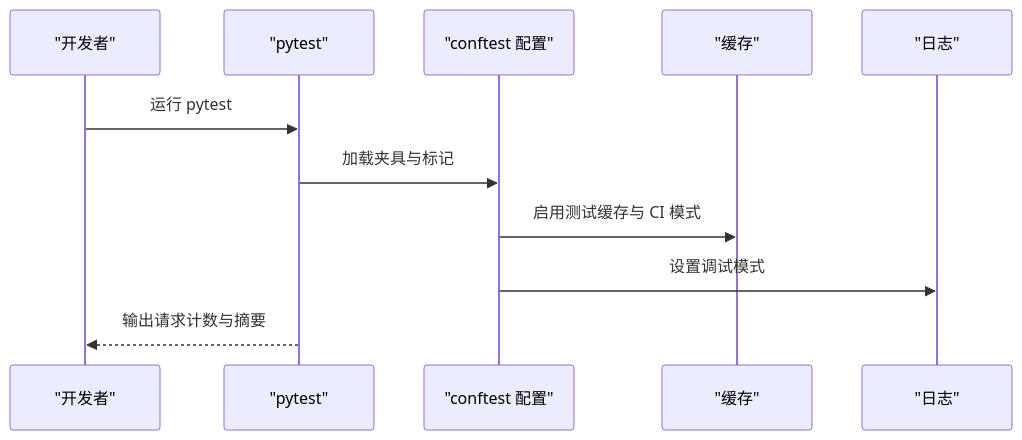
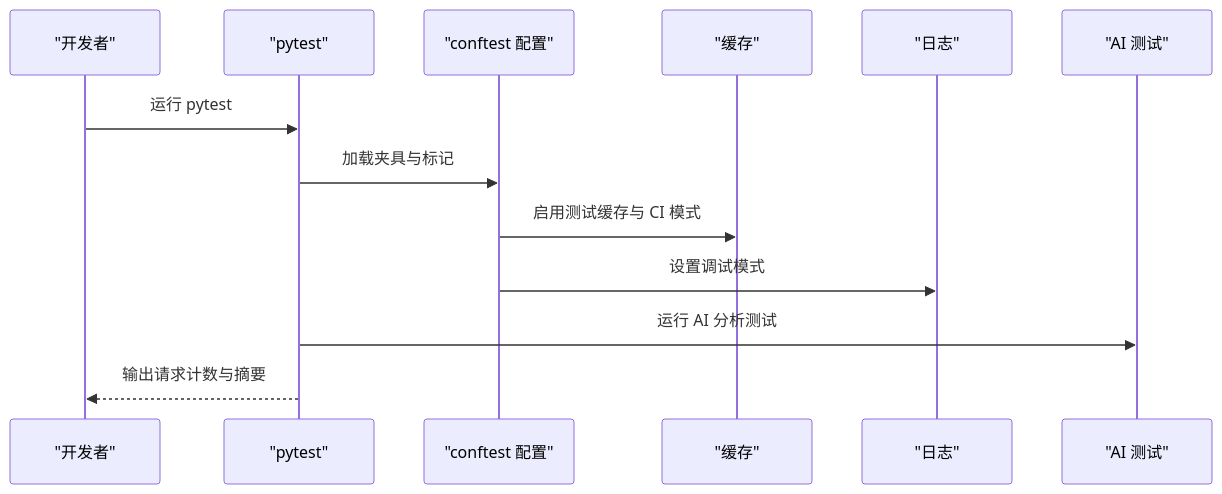
Before and after one commit to jianai0330/Fast-F1: the sixth of 7 diagrams in .qoder/repowiki/zh/content/开发者指南/开发者指南.md, drawn with Mermaid. The commit also changed other lines of this file and 22 other files, not shown here.

````diff
--- a/.qoder/repowiki/zh/content/开发者指南/开发者指南.md
+++ b/.qoder/repowiki/zh/content/开发者指南/开发者指南.md
@@ -225,13 +284,15 @@
 ```mermaid
 sequenceDiagram
 participant Dev as "开发者"
 participant Pytest as "pytest"
 participant Conftest as "conftest 配置"
 participant Cache as "缓存"
 participant Log as "日志"
+participant AI as "AI 测试"
 Dev->>Pytest : 运行 pytest
 Pytest->>Conftest : 加载夹具与标记
 Conftest->>Cache : 启用测试缓存与 CI 模式
 Conftest->>Log : 设置调试模式
+Pytest->>AI : 运行 AI 分析测试
 Pytest-->>Dev : 输出请求计数与摘要
 ```
````
